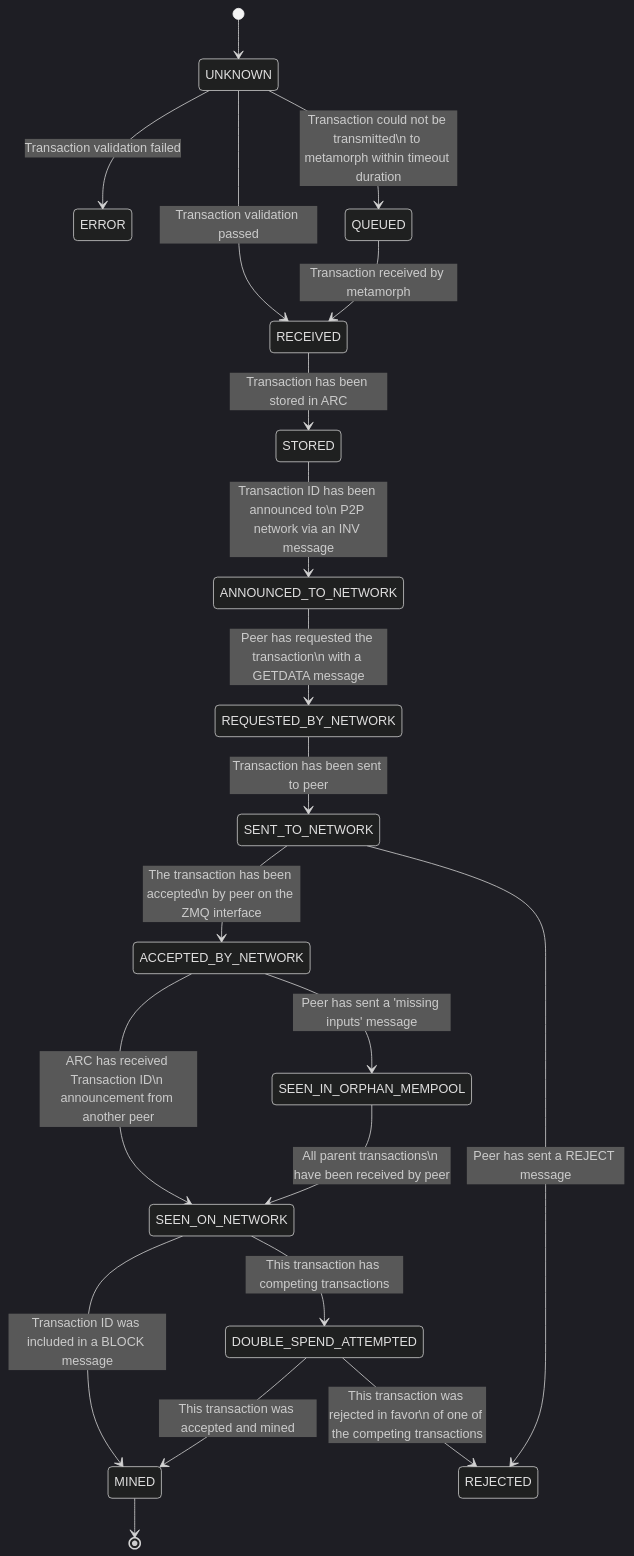
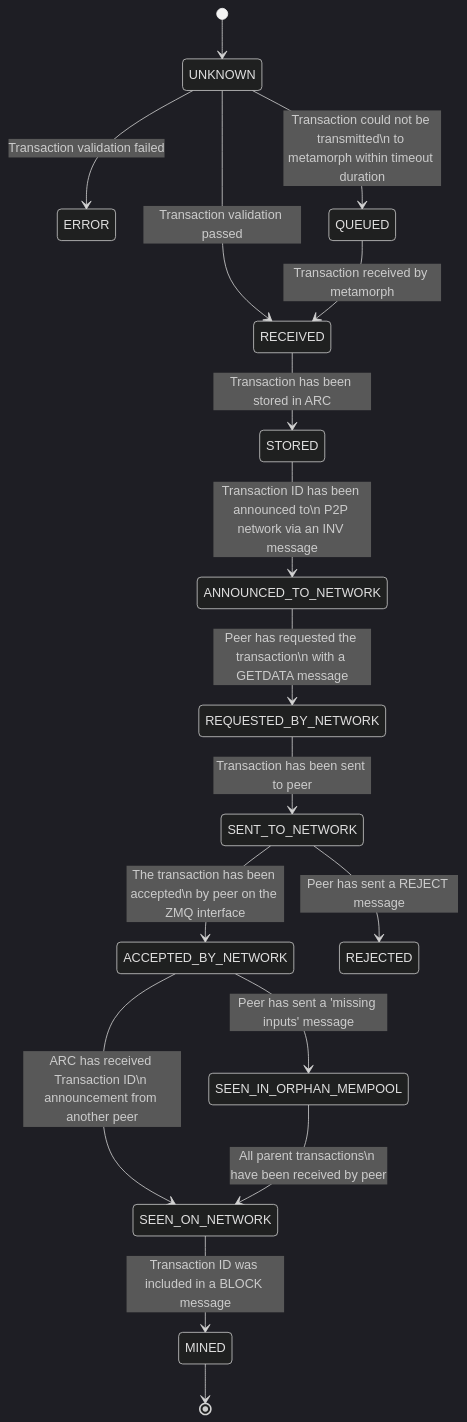
The first of 6 diagrams in doc/README.md (bitcoin-sv/arc), drawn with Mermaid (dark theme) before and after one commit.

Commit message:
fix: remove DOUBLE_SPEND_ATTEMPTED status from mermaid diagram just yet

````diff
--- a/doc/README.md
+++ b/doc/README.md
@@ -28,37 +28,34 @@
 ```mermaid
 stateDiagram-v2
     state UNKNOWN
     state QUEUED
     state RECEIVED
     state STORED
     state ANNOUNCED_TO_NETWORK
     state ERROR
     state REQUESTED_BY_NETWORK
     state SENT_TO_NETWORK
     state ACCEPTED_BY_NETWORK
     state SEEN_IN_ORPHAN_MEMPOOL
     state DOUBLE_SPEND_ATTEMPTED
     state SEEN_ON_NETWORK
     state REJECTED
     state MINED
 
     [*] --> UNKNOWN
     UNKNOWN --> ERROR: Transaction validation failed
     UNKNOWN --> RECEIVED: Transaction validation passed
     UNKNOWN --> QUEUED: Transaction could not be transmitted\n to metamorph within timeout duration
     QUEUED --> RECEIVED: Transaction received by metamorph
     RECEIVED --> STORED: Transaction has been stored in ARC
     STORED --> ANNOUNCED_TO_NETWORK: Transaction ID has been announced to\n P2P network via an INV message
     ANNOUNCED_TO_NETWORK --> REQUESTED_BY_NETWORK: Peer has requested the transaction\n with a GETDATA message
     REQUESTED_BY_NETWORK --> SENT_TO_NETWORK: Transaction has been sent to peer
     SENT_TO_NETWORK --> ACCEPTED_BY_NETWORK: The transaction has been accepted\n by peer on the ZMQ interface
     SENT_TO_NETWORK --> REJECTED: Peer has sent a REJECT message
     ACCEPTED_BY_NETWORK --> SEEN_ON_NETWORK: ARC has received Transaction ID\n announcement from another peer
     ACCEPTED_BY_NETWORK --> SEEN_IN_ORPHAN_MEMPOOL: Peer has sent a 'missing inputs' message
     SEEN_IN_ORPHAN_MEMPOOL --> SEEN_ON_NETWORK: All parent transactions\n have been received by peer
     SEEN_ON_NETWORK --> MINED: Transaction ID was included in a BLOCK message
-    SEEN_ON_NETWORK --> DOUBLE_SPEND_ATTEMPTED: This transaction has competing transactions
-    DOUBLE_SPEND_ATTEMPTED --> MINED: This transaction was accepted and mined
-    DOUBLE_SPEND_ATTEMPTED --> REJECTED: This transaction was rejected in favor\n of one of the competing transactions
     MINED --> [*]
 ```
````
